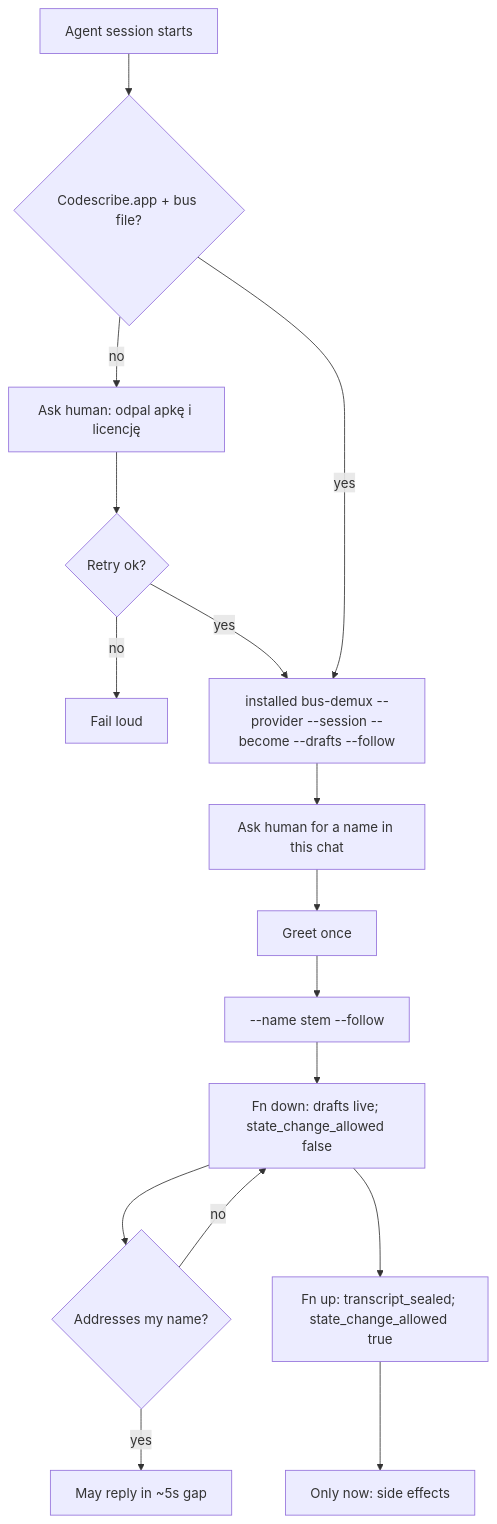
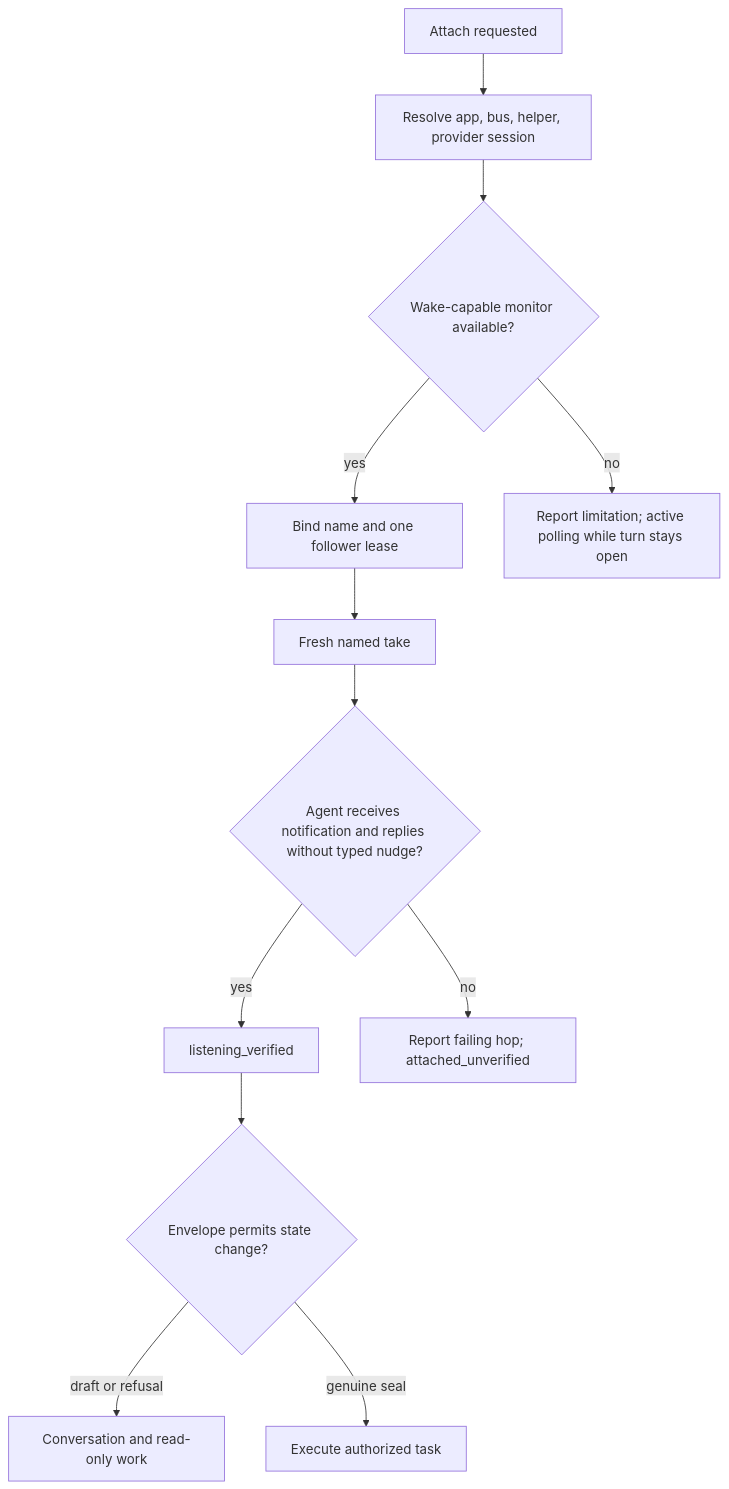
Before and after one commit to vetcoders/codescribe: the diagram in skills/codescribe/FLOW.md, drawn with Mermaid. The commit also changed other lines of this file and 7 other files, not shown here.

Commit message:
[codex/vc-skill-authoring] docs(codescribe): align voice attach skill with Vibecrafted standards

````diff
--- a/skills/codescribe/FLOW.md
+++ b/skills/codescribe/FLOW.md
@@ -7,18 +5,14 @@
 ```mermaid
 flowchart TD
-    A[Agent session starts] --> B{Codescribe.app + bus file?}
-    B -->|no| C[Ask human: odpal apkę i licencję]
-    C --> D{Retry ok?}
-    D -->|no| E[Fail loud]
-    D -->|yes| F["installed bus-demux --provider --session --become --drafts --follow"]
-    B -->|yes| F
-    F --> G[Ask human for a name in this chat]
-    G --> H[Greet once]
-    H --> I["--name stem --follow"]
-    I --> J[Fn down: drafts live; state_change_allowed false]
-    J --> K{Addresses my name?}
-    K -->|yes| L[May reply in ~5s gap]
-    K -->|no| J
-    J --> M[Fn up: transcript_sealed; state_change_allowed true]
-    M --> N[Only now: side effects]
+    A[Attach requested] --> B[Resolve app, bus, helper, provider session]
+    B --> C{Wake-capable monitor available?}
+    C -->|yes| D[Bind name and one follower lease]
+    C -->|no| E[Report limitation; active polling while turn stays open]
+    D --> F[Fresh named take]
+    F --> G{Agent receives notification and replies without typed nudge?}
+    G -->|yes| H[listening_verified]
+    G -->|no| I[Report failing hop; attached_unverified]
+    H --> J{Envelope permits state change?}
+    J -->|draft or refusal| K[Conversation and read-only work]
+    J -->|genuine seal| L[Execute authorized task]
 ```
````
